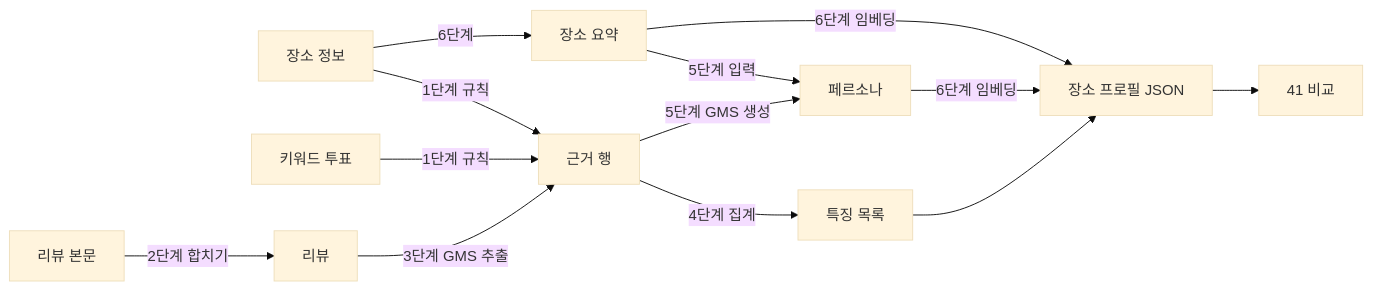
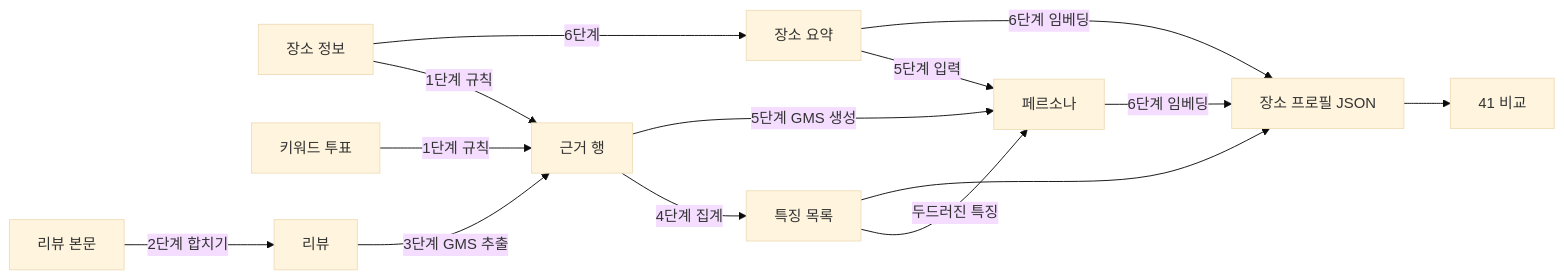
The diagram in docs/specs/place-profile/spec.md (eomgerm/fit-dining), drawn with Mermaid (base theme) before and after one commit. The commit also changed other lines of this file, not shown here.

````diff
--- a/docs/specs/place-profile/spec.md
+++ b/docs/specs/place-profile/spec.md
@@ -16,15 +16,16 @@
 ```mermaid
 flowchart LR
   P[장소 정보] -->|1단계 규칙| E[근거 행]
   K[키워드 투표] -->|1단계 규칙| E
   R[리뷰 본문] -->|2단계 합치기| R2[리뷰]
   R2 -->|3단계 GMS 추출| E
   E -->|4단계 집계| F[특징 목록]
   E -->|5단계 GMS 생성| S[페르소나]
+  F -->|두드러진 특징| S
   P -->|6단계| M[장소 요약]
   M -->|5단계 입력| S
   S -->|6단계 임베딩| O[장소 프로필 JSON]
   M -->|6단계 임베딩| O
   F --> O
   O --> C[41 비교]
 ```
````
